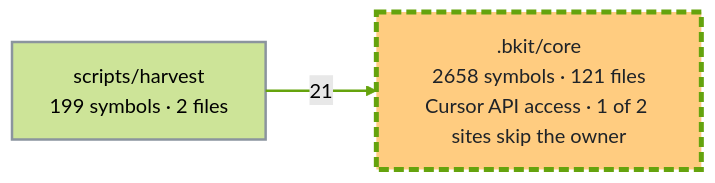
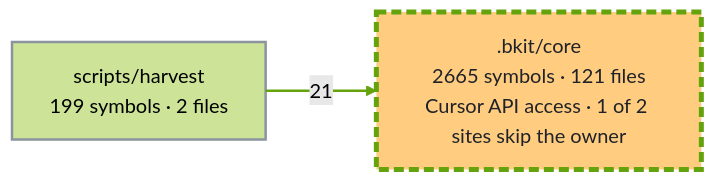
One commit to cbartens/bkit changed the second of 3 diagrams in docs/capabilities.md. Above: the diagram before and after it, drawn with Mermaid (forest theme). The commit also changed other lines of this file, not shown here.

Commit message:
docs(graph): refresh capabilities graph for the ci-slop commit

````diff
--- a/docs/capabilities.md
+++ b/docs/capabilities.md
@@ -169,16 +169,16 @@
 ```mermaid
 ---
 config:
   layout: elk
   flowchart:
     useMaxWidth: false
 ---
 flowchart LR
-  %% Generated by bkit-graphify-rollup.py from 5d34db5f4d1810c66ce2228b13c8b2fffb869291 — do not edit
-  n_bkit_core[".bkit/core<br/>2658 symbols · 121 files<br/>Cursor API access · 1 of 2 sites skip the owner"]
+  %% Generated by bkit-graphify-rollup.py from b590db710294eff96f6cb2de18a39f044f1cdaca — do not edit
+  n_bkit_core[".bkit/core<br/>2665 symbols · 121 files<br/>Cursor API access · 1 of 2 sites skip the owner"]
   nscripts_harvest["scripts/harvest<br/>199 symbols · 2 files"]
   nscripts_harvest -->|21| n_bkit_core
   style n_bkit_core stroke:#65a30d,stroke-width:4px,stroke-dasharray:8 4,fill:#ffcc80,color:#1f2328
   style nscripts_harvest stroke:#8b949e,stroke-width:2px
   linkStyle 0 stroke:#65a30d,stroke-width:2px
 ```
````
